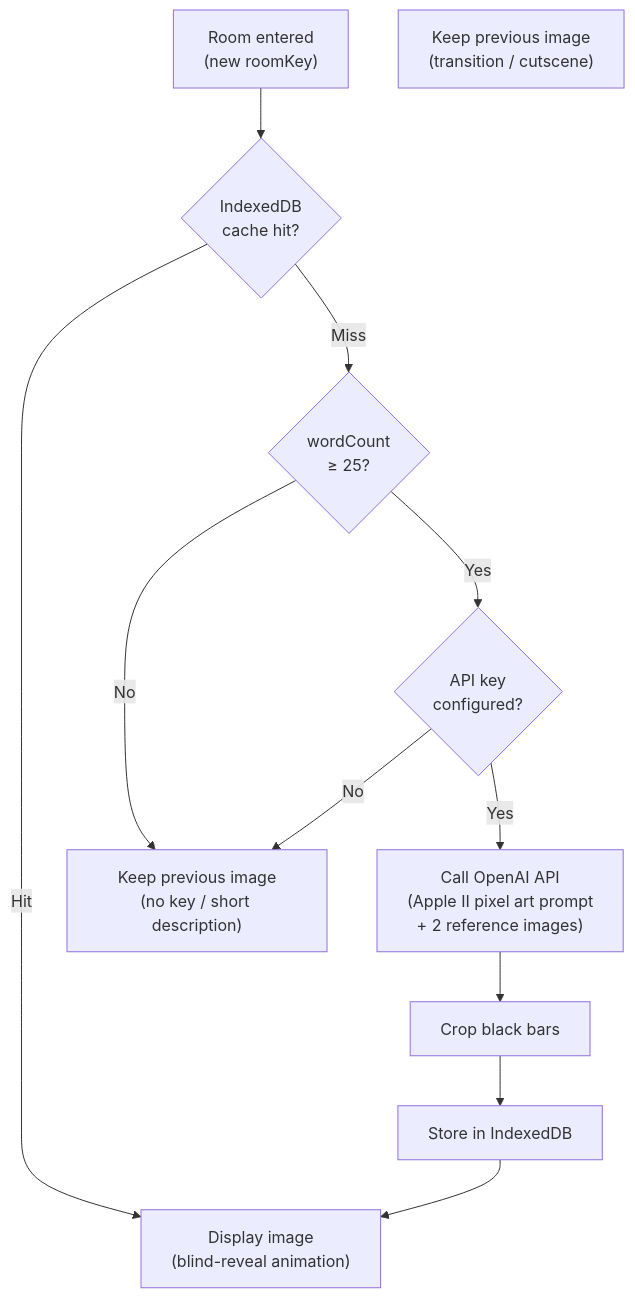
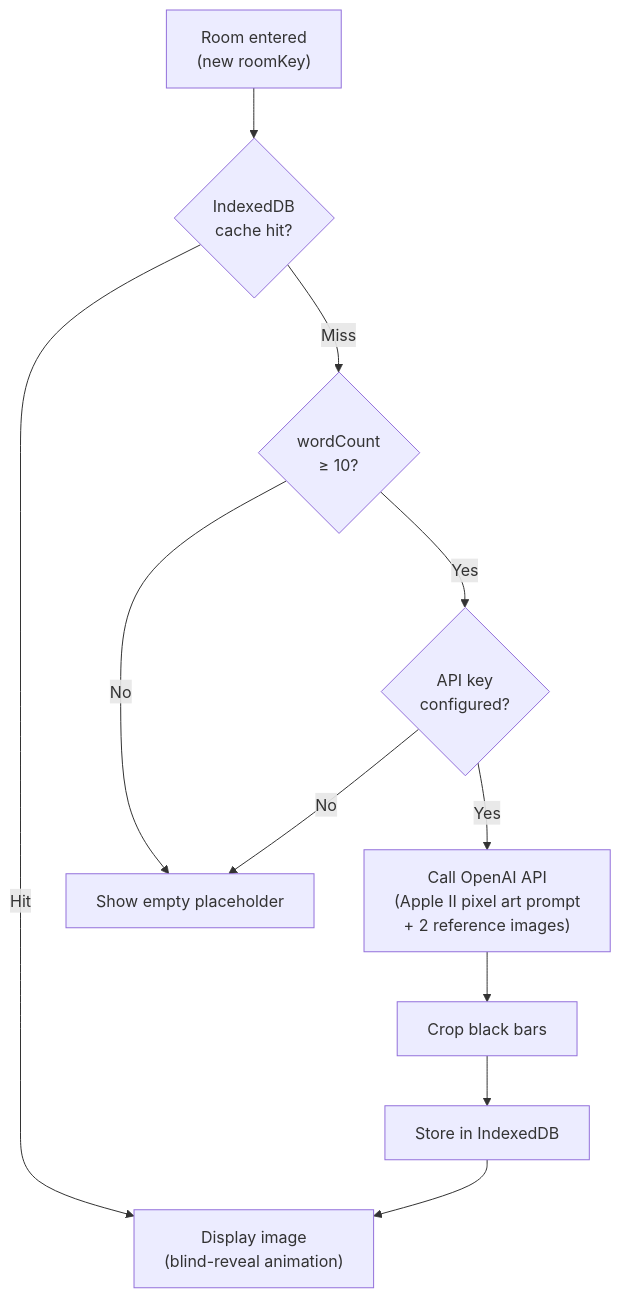
One commit to raz0red/ifwithgraphics changed the third of 3 diagrams in README.md. Above: the diagram before and after it, drawn with Mermaid. The commit also changed other lines of this file, not shown here.

````diff
--- a/README.md
+++ b/README.md
@@ -220,24 +220,23 @@
 ```mermaid
 flowchart TD
     ROOM["Room entered\n(new roomKey)"]
-    WC{"wordCount\n≥ 25?"}
-    KEEP["Keep previous image\n(transition / cutscene)"]
+    WC{"wordCount\n≥ 10?"}
     IDB{"IndexedDB\ncache hit?"}
     SHOW["Display image\n(blind-reveal animation)"]
     KEY{"API key\nconfigured?"}
     GEN["Call OpenAI API\n(Apple II pixel art prompt\n+ 2 reference images)"]
     CROP["Crop black bars"]
     CACHE["Store in IndexedDB"]
-    PLACEHOLDER["Keep previous image\n(no key / short description)"]
+    PLACEHOLDER["Show empty placeholder"]
 
     ROOM --> IDB
     IDB -->|Hit| SHOW
     IDB -->|Miss| WC
     WC -->|No| PLACEHOLDER
     WC -->|Yes| KEY
     KEY -->|No| PLACEHOLDER
     KEY -->|Yes| GEN
     GEN --> CROP
     CROP --> CACHE
     CACHE --> SHOW
 ```
````
